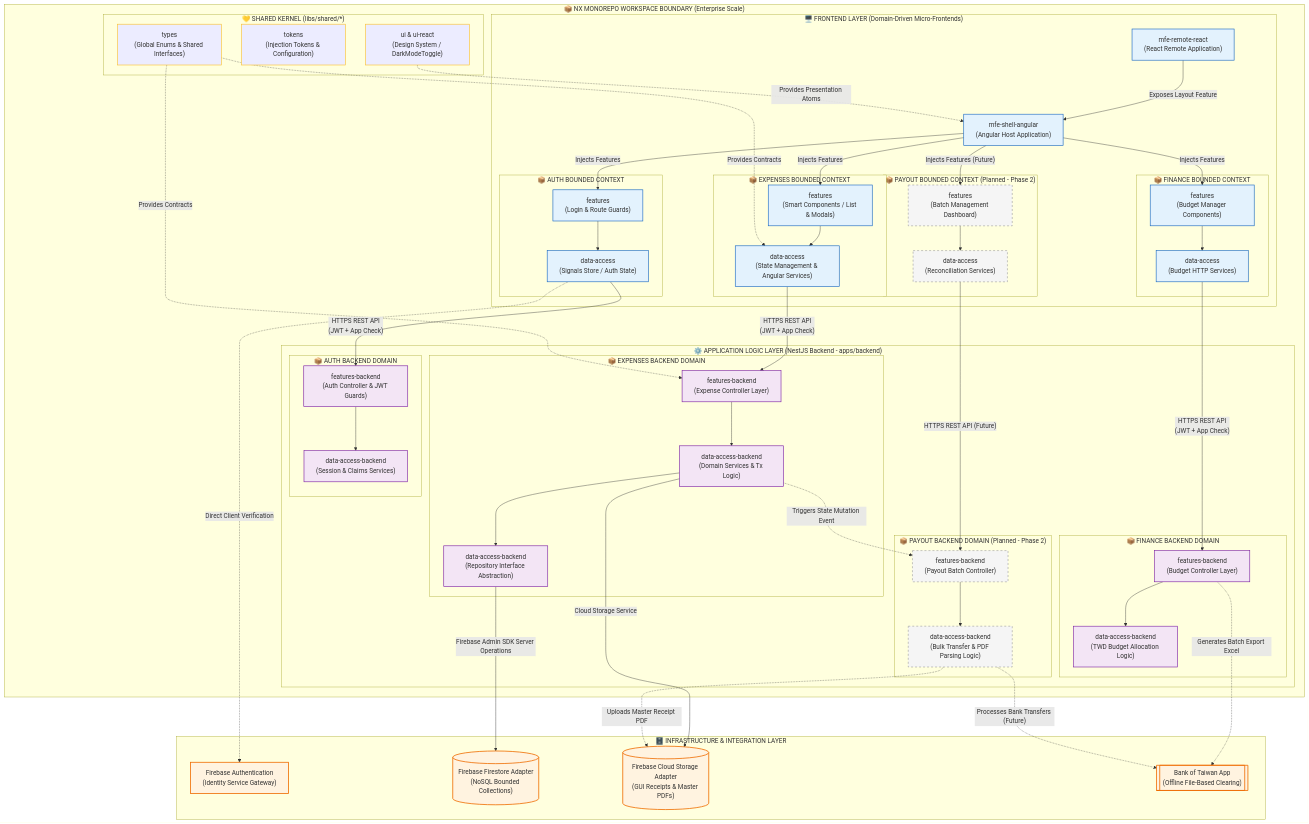
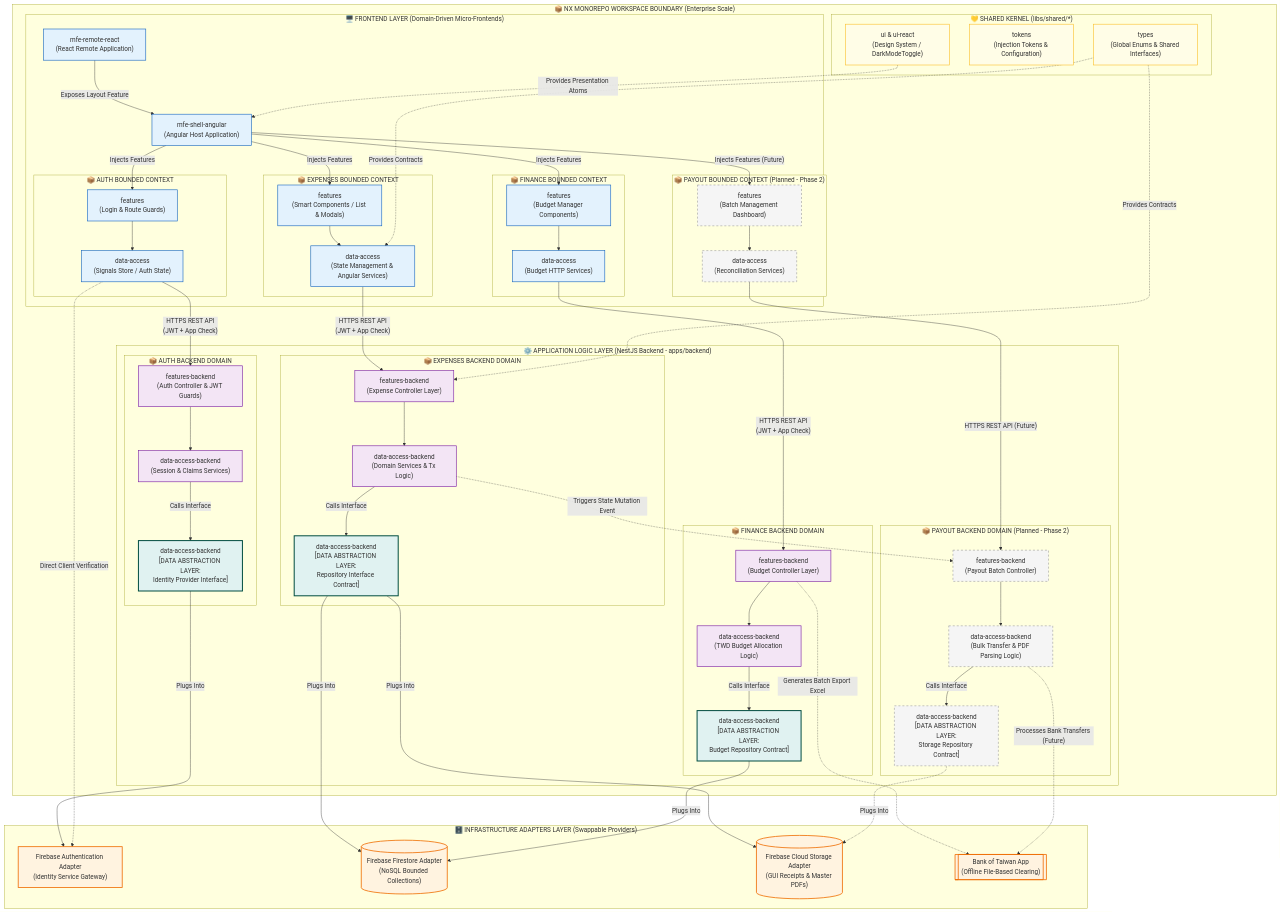
The third of 5 diagrams in ARCHITECTURE.md (hoangphivo97/school-expense-ecosystem), drawn with Mermaid before and after one commit.

Commit message:
Update architecture diagram with data abstraction layer

````diff
--- a/ARCHITECTURE.md
+++ b/ARCHITECTURE.md
@@ -251,11 +251,14 @@
 ```mermaid
 graph TB
     %% Define DDD Architecture Styles
-    classDef domain fill:#f1f8e9,stroke:#558b2f,stroke-width:2px;
     classDef client fill:#e3f2fd,stroke:#1565c0,stroke-width:1.5px;
     classDef backend fill:#f3e5f5,stroke:#7b1fa2,stroke-width:1.5px;
-    classDef shared fill:#fffide,stroke:#fbc02d,stroke-width:1.5px;
+    classDef shared fill:#fffde7,stroke:#fbc02d,stroke-width:1.5px;
     classDef infra fill:#fff3e0,stroke:#ef6c00,stroke-width:2px;
+    
+    %% STRICT DATA ABSTRACTION LAYER CLASS (The Interface/Repository boundaries)
+    classDef data_abstraction fill:#e0f2f1,stroke:#004d40,stroke-width:2.5px;
+    
     %% Styled specifically for planned components to signal Phase 2 Roadmap
     classDef planned fill:#f5f5f5,stroke:#9e9e9e,stroke-width:1.5px,stroke-dasharray: 5 5;
 
@@ -292,22 +295,25 @@
             subgraph Expense_BE ["📦 EXPENSES BACKEND DOMAIN"]
                 BE_Exp_Ctrl["features-backend<br/>(Expense Controller Layer)"]
                 BE_Exp_Service["data-access-backend<br/>(Domain Services & Tx Logic)"]
-                BE_Exp_Repo["data-access-backend<br/>(Repository Interface Abstraction)"]
+                BE_Exp_Repo["data-access-backend<br/>[DATA ABSTRACTION LAYER:<br/>Repository Interface Contract]"]
             end
             
             subgraph Payout_BE ["📦 PAYOUT BACKEND DOMAIN (Planned - Phase 2)"]
                 BE_Pay_Ctrl["features-backend<br/>(Payout Batch Controller)"]
                 BE_Pay_Service["data-access-backend<br/>(Bulk Transfer & PDF Parsing Logic)"]
+                BE_Pay_Repo["data-access-backend<br/>[DATA ABSTRACTION LAYER:<br/>Storage Repository Contract]"]
             end
             
             subgraph Auth_BE ["📦 AUTH BACKEND DOMAIN"]
                 BE_Auth_Ctrl["features-backend<br/>(Auth Controller & JWT Guards)"]
                 BE_Auth_Service["data-access-backend<br/>(Session & Claims Services)"]
+                BE_Auth_Repo["data-access-backend<br/>[DATA ABSTRACTION LAYER:<br/>Identity Provider Interface]"]
             end
             
             subgraph Finance_BE ["📦 FINANCE BACKEND DOMAIN"]
                 BE_Fin_Ctrl["features-backend<br/>(Budget Controller Layer)"]
                 BE_Fin_Service["data-access-backend<br/>(TWD Budget Allocation Logic)"]
+                BE_Fin_Repo["data-access-backend<br/>[DATA ABSTRACTION LAYER:<br/>Budget Repository Contract]"]
             end
         end
 
@@ -319,20 +325,23 @@
         end
     end
 
-    %% --- INFRASTRUCTURE ADAPTERS LAYER ---
-    subgraph Infrastructure ["🗄️ INFRASTRUCTURE & INTEGRATION LAYER"]
-        FB_Auth["Firebase Authentication<br/>(Identity Service Gateway)"]
+    %% --- INFRASTRUCTURE ADAPTERS LAYER (Can be easily swapped out thanks to Repositories)
+    subgraph Infrastructure ["🗄️ INFRASTRUCTURE ADAPTERS LAYER (Swappable Providers)"]
+        FB_Auth["Firebase Authentication Adapter<br/>(Identity Service Gateway)"]
         Firestore[("Firebase Firestore Adapter<br/>(NoSQL Bounded Collections)")]
         Storage[("Firebase Cloud Storage Adapter<br/>(GUI Receipts & Master PDFs)")]
         BankBOT[["Bank of Taiwan App<br/>(Offline File-Based Clearing)"]]
     end
 
-    %% Core Internal Backend Connections
+    %% Core Internal Backend Connections (Decoupled via Repositories)
     BE_Exp_Ctrl --> BE_Exp_Service
-    BE_Exp_Service --> BE_Exp_Repo
+    BE_Exp_Service -->|"Calls Interface"| BE_Exp_Repo
     BE_Auth_Ctrl --> BE_Auth_Service
+    BE_Auth_Service -->|"Calls Interface"| BE_Auth_Repo
     BE_Fin_Ctrl --> BE_Fin_Service
+    BE_Fin_Service -->|"Calls Interface"| BE_Fin_Repo
     BE_Pay_Ctrl --> BE_Pay_Service
+    BE_Pay_Service -->|"Calls Interface"| BE_Pay_Repo
 
     %% Frontend Apps Dependencies
     App_Shell -->|"Injects Features"| FE_Exp_Feature
@@ -356,10 +365,12 @@
     %% Core Async Communication between Domains (Decoupling)
     BE_Exp_Service -.->|"Triggers State Mutation Event"| BE_Pay_Ctrl
     
-    %% Infrastructure Adapters Implementations
-    BE_Exp_Repo -->|"Firebase Admin SDK Server Operations"| Firestore
-    BE_Exp_Service -->|"Cloud Storage Service"| Storage
-    BE_Pay_Service -.->|"Uploads Master Receipt PDF"| Storage
+    %% Infrastructure Adapters Implementations (Bound STRICTLY to Repositories, NOT Services)
+    BE_Exp_Repo -->|"Plugs Into"| Firestore
+    BE_Exp_Repo -->|"Plugs Into"| Storage
+    BE_Fin_Repo -->|"Plugs Into"| Firestore
+    BE_Pay_Repo -.->|"Plugs Into"| Storage
+    BE_Auth_Repo -->|"Plugs Into"| FB_Auth
     FE_Auth_DA -.->|"Direct Client Verification"| FB_Auth
     
     %% Shared Kernel Core Connections
@@ -373,8 +384,13 @@
 
     %% Apply DDD Architecture Styles to Nodes
     class App_Shell,App_Remote,FE_Exp_Feature,FE_Exp_DA,FE_Auth_Feature,FE_Auth_DA,FE_Fin_Feature,FE_Fin_DA client;
-    class BE_Exp_Ctrl,BE_Exp_Service,BE_Exp_Repo,BE_Auth_Ctrl,BE_Auth_Service,BE_Fin_Ctrl,BE_Fin_Service backend;
-    class FE_Pay_Feature,FE_Pay_DA,BE_Pay_Ctrl,BE_Pay_Service planned;
+    class BE_Exp_Ctrl,BE_Exp_Service,BE_Auth_Ctrl,BE_Auth_Service,BE_Fin_Ctrl,BE_Fin_Service backend;
     class Shared_UI,Shared_Tokens,Shared_Types shared;
     class FB_Auth,Firestore,Storage,BankBOT infra;
+    
+    %% HIGHLIGHTING THE ACTUAL DATA ABSTRACTION LAYER (THE REPOSITORIES CONTRACTS)
+    class BE_Exp_Repo,BE_Auth_Repo,BE_Fin_Repo data_abstraction;
+    
+    %% Apply Planned Roadmap Styles (Overriding for Phase 2 components)
+    class FE_Pay_Feature,FE_Pay_DA,BE_Pay_Ctrl,BE_Pay_Service,BE_Pay_Repo planned;
 ```
````
